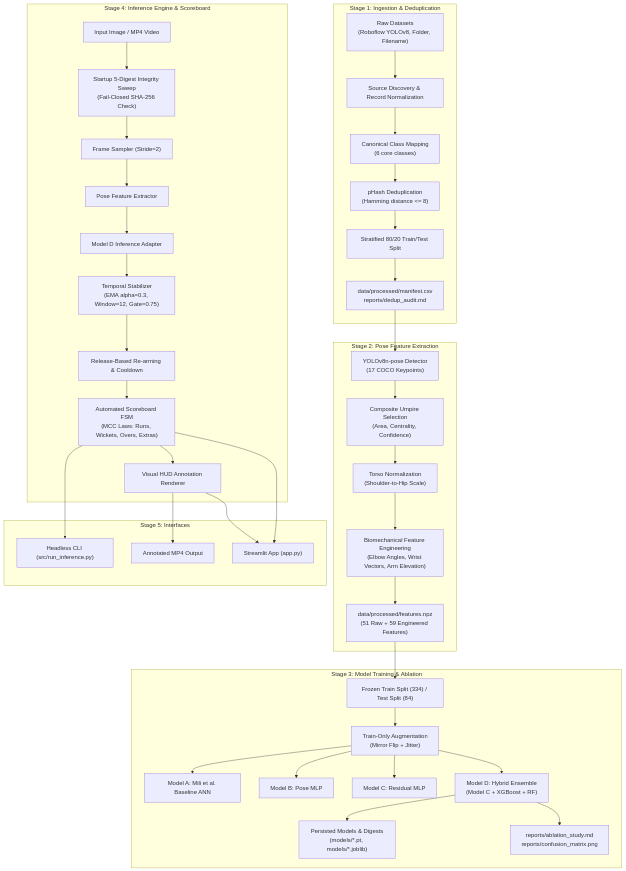
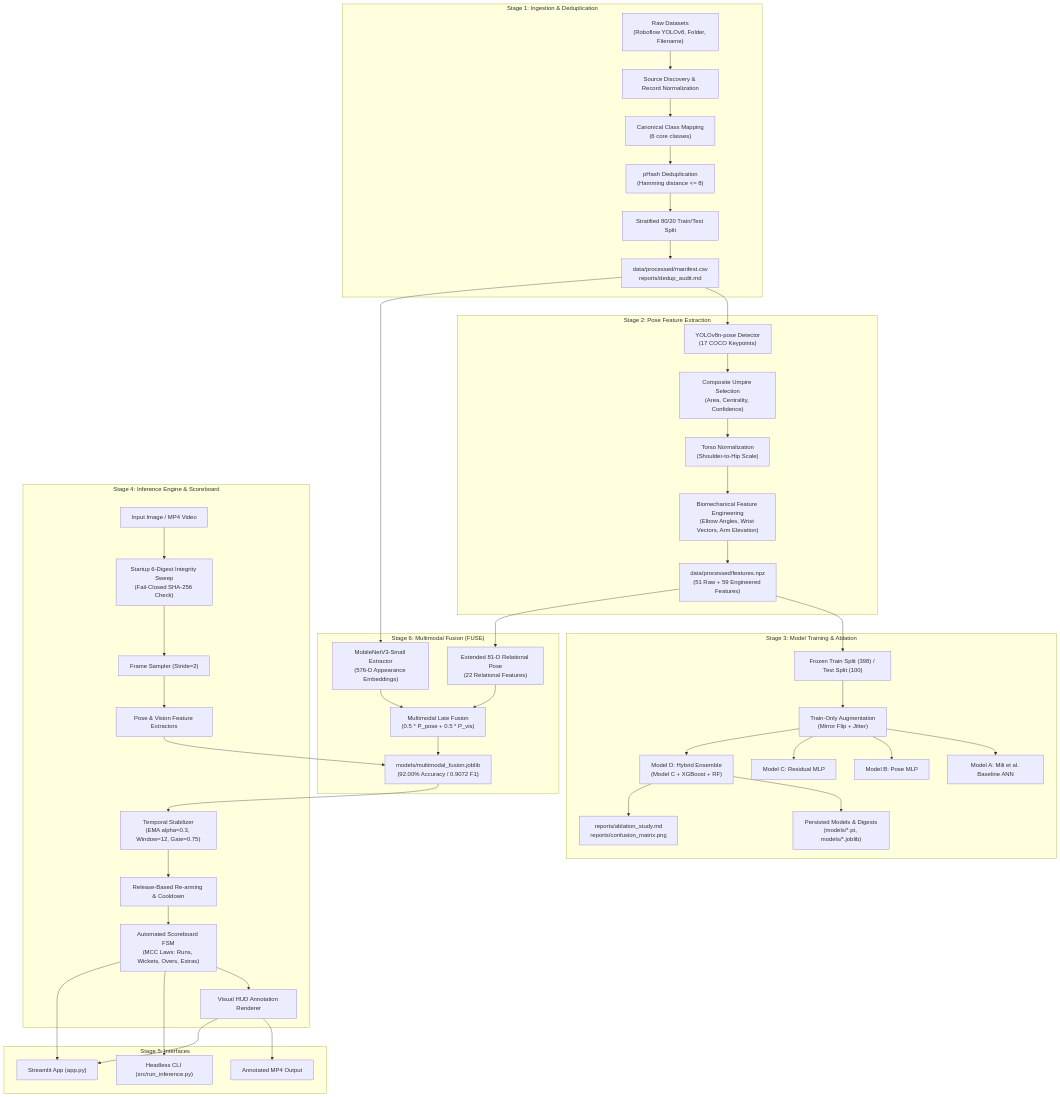
The diagram in README.md (divyanshxyz/cricket-umpire-recognition), drawn with Mermaid before and after one commit. The commit also changed other lines of this file, not shown here.

First line of the commit message:
docs: update README.md with Phase 6 multimodal fusion architecture and benchmarks

````diff
--- a/README.md
+++ b/README.md
@@ -36,47 +38,55 @@
 ```mermaid
 flowchart TD
     subgraph S1["Stage 1: Ingestion & Deduplication"]
         RAW["Raw Datasets<br/>(Roboflow YOLOv8, Folder, Filename)"] --> DISCOVER["Source Discovery & Record Normalization"]
         DISCOVER --> CANON["Canonical Class Mapping<br/>(6 core classes)"]
         CANON --> PHASH["pHash Deduplication<br/>(Hamming distance <= 8)"]
         PHASH --> SPLIT["Stratified 80/20 Train/Test Split"]
         SPLIT --> MANIFEST["data/processed/manifest.csv<br/>reports/dedup_audit.md"]
     end
 
     subgraph S2["Stage 2: Pose Feature Extraction"]
         MANIFEST --> YOLO["YOLOv8n-pose Detector<br/>(17 COCO Keypoints)"]
         YOLO --> UMPIRE_SEL["Composite Umpire Selection<br/>(Area, Centrality, Confidence)"]
         UMPIRE_SEL --> TORSO["Torso Normalization<br/>(Shoulder-to-Hip Scale)"]
         TORSO --> FEAT_ENG["Biomechanical Feature Engineering<br/>(Elbow Angles, Wrist Vectors, Arm Elevation)"]
         FEAT_ENG --> NPZ["data/processed/features.npz<br/>(51 Raw + 59 Engineered Features)"]
     end
 
     subgraph S3["Stage 3: Model Training & Ablation"]
-        NPZ --> TRAIN_SPLIT["Frozen Train Split (334) / Test Split (84)"]
+        NPZ --> TRAIN_SPLIT["Frozen Train Split (398) / Test Split (100)"]
         TRAIN_SPLIT --> AUG["Train-Only Augmentation<br/>(Mirror Flip + Jitter)"]
         AUG --> MOD_A["Model A: Mili et al. Baseline ANN"]
         AUG --> MOD_B["Model B: Pose MLP"]
         AUG --> MOD_C["Model C: Residual MLP"]
         AUG --> MOD_D["Model D: Hybrid Ensemble<br/>(Model C + XGBoost + RF)"]
         MOD_D --> ARTIFACTS["Persisted Models & Digests<br/>(models/*.pt, models/*.joblib)"]
         MOD_D --> ABL_REPORT["reports/ablation_study.md<br/>reports/confusion_matrix.png"]
     end
 
+    subgraph S6["Stage 6: Multimodal Fusion (FUSE)"]
+        NPZ --> EXT_POSE["Extended 81-D Relational Pose<br/>(22 Relational Features)"]
+        MANIFEST --> CROP_VIS["MobileNetV3-Small Extractor<br/>(576-D Appearance Embeddings)"]
+        EXT_POSE --> FUSION["Multimodal Late Fusion<br/>(0.5 * P_pose + 0.5 * P_vis)"]
+        CROP_VIS --> FUSION
+        FUSION --> FUSE_BUNDLE["models/multimodal_fusion.joblib<br/>(92.00% Accuracy / 0.9072 F1)"]
+    end
+
     subgraph S4["Stage 4: Inference Engine & Scoreboard"]
-        INPUT["Input Image / MP4 Video"] --> INTEGRITY["Startup 5-Digest Integrity Sweep<br/>(Fail-Closed SHA-256 Check)"]
+        INPUT["Input Image / MP4 Video"] --> INTEGRITY["Startup 6-Digest Integrity Sweep<br/>(Fail-Closed SHA-256 Check)"]
         INTEGRITY --> STRIDE["Frame Sampler (Stride=2)"]
-        STRIDE --> INFER_FEAT["Pose Feature Extractor"]
-        INFER_FEAT --> ENSEMBLE["Model D Inference Adapter"]
-        ENSEMBLE --> STABILIZER["Temporal Stabilizer<br/>(EMA alpha=0.3, Window=12, Gate=0.75)"]
+        STRIDE --> INFER_FEAT["Pose & Vision Feature Extractors"]
+        INFER_FEAT --> FUSE_BUNDLE
+        FUSE_BUNDLE --> STABILIZER["Temporal Stabilizer<br/>(EMA alpha=0.3, Window=12, Gate=0.75)"]
         STABILIZER --> REARM["Release-Based Re-arming & Cooldown"]
         REARM --> SCOREBOARD["Automated Scoreboard FSM<br/>(MCC Laws: Runs, Wickets, Overs, Extras)"]
         SCOREBOARD --> RENDERER["Visual HUD Annotation Renderer"]
     end
 
     subgraph S5["Stage 5: Interfaces"]
         SCOREBOARD --> CLI["Headless CLI (src/run_inference.py)"]
         RENDERER --> CLI_OUT["Annotated MP4 Output"]
         SCOREBOARD --> STREAMLIT["Streamlit App (app.py)"]
         RENDERER --> STREAMLIT
     end
 ```
````
